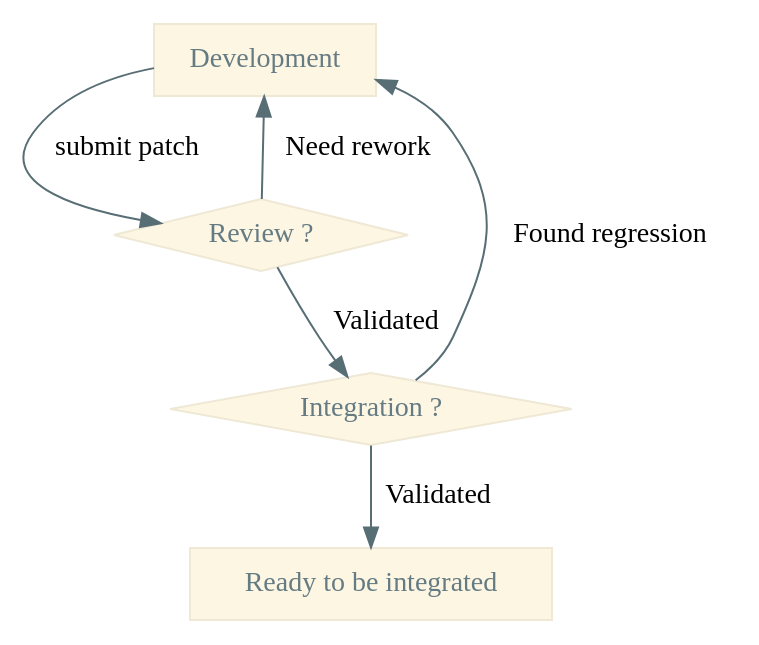
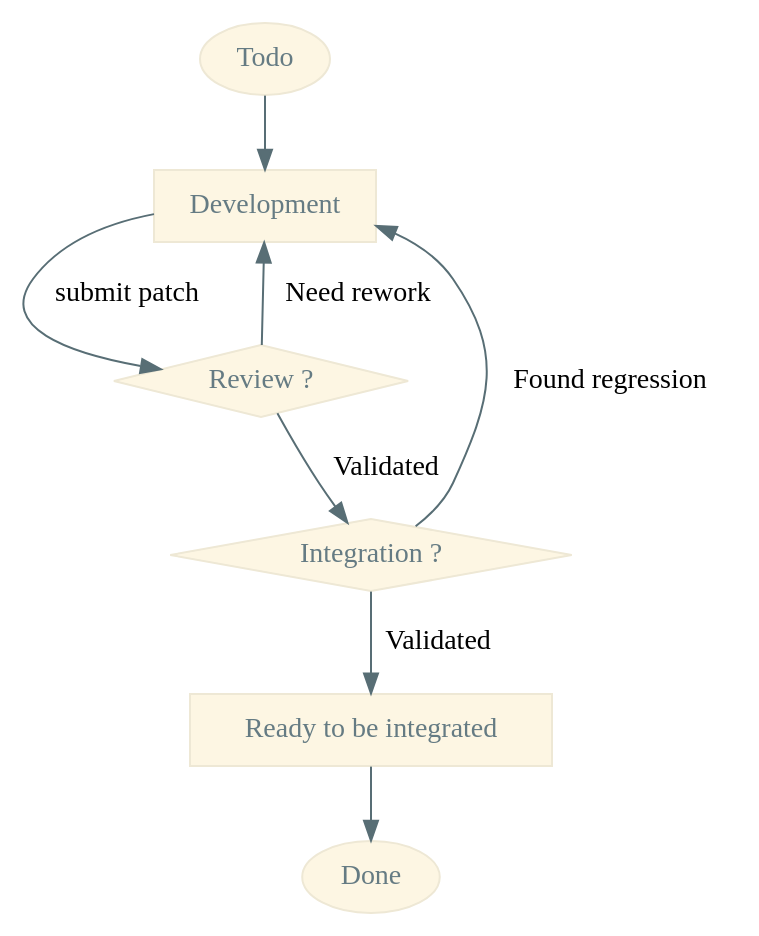
The diagram in report/src/img/workflow/workflow.dot (Makohoek/internship-report), drawn with Graphviz before and after one commit. The commit also changed 2 other files, not shown here.

Commit message:
Update workflow chart
Smaller size, use of pdfcrop in makefile.

```diff
--- a/report/src/img/workflow/workflow.dot
+++ b/report/src/img/workflow/workflow.dot
@@ -1,48 +1,56 @@
 /**
  * Workflow diagram with solarized light colorscheme
  * Example found on http://fsteeg.com/2006/11/17/uml-class-diagrams-with-graphviz/
  *
  * Colors added by Mattijs Korpershoek
  * <mattijs.korpershoek@gmail.com>
  */
 
 /*
  * Solarized colorscheme:
  * $base03:    #002b36;
  * $base02:    #073642;
  * $base01:    #586e75;
  * $base00:    #657b83;
  * $base0:     #839496;
  * $base1:     #93a1a1;
  * $base2:     #eee8d5;
  * $base3:     #fdf6e3;
  * $yellow:    #b58900;
  * $orange:    #cb4b16;
  * $red:       #dc322f;
  * $magenta:   #d33682;
  * $violet:    #6c71c4;
  * $blue:      #268bd2;
  * $cyan:      #2aa198;
  * $green:     #859900;
  * */
 digraph hierarchy
 {
   size="15,15"
     node[shape=record,style=filled,fillcolor="#fdf6e3", fontcolor="#657b83", color="#eee8d5"]
     edge[dir=forward, arrowtail=open, color="#586e75"]
 
+start [shape=ellipse, label="Todo"];
+end [shape=ellipse, label="Done"];
+
 dev [label="Development"];
 integrated [label="Ready to be integrated"];
+
+start -> dev
 
 dev -> review [label="submit patch"];
 
 review [shape=diamond, label="Review ?"];
 
 review -> dev [label="Need rework"];
 review -> preint [label="Validated"];
 
 preint [shape=diamond, label="Integration ?"]
 
 preint -> dev [label="Found regression"];
 preint -> integrated [label="Validated"];
+
+integrated -> end
+
 }
```
